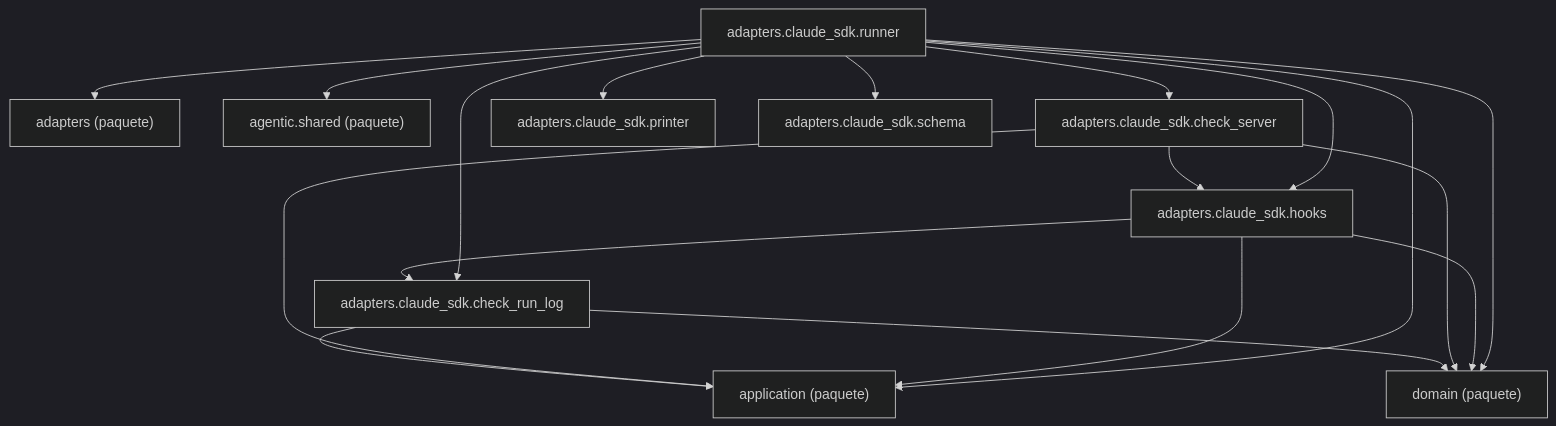
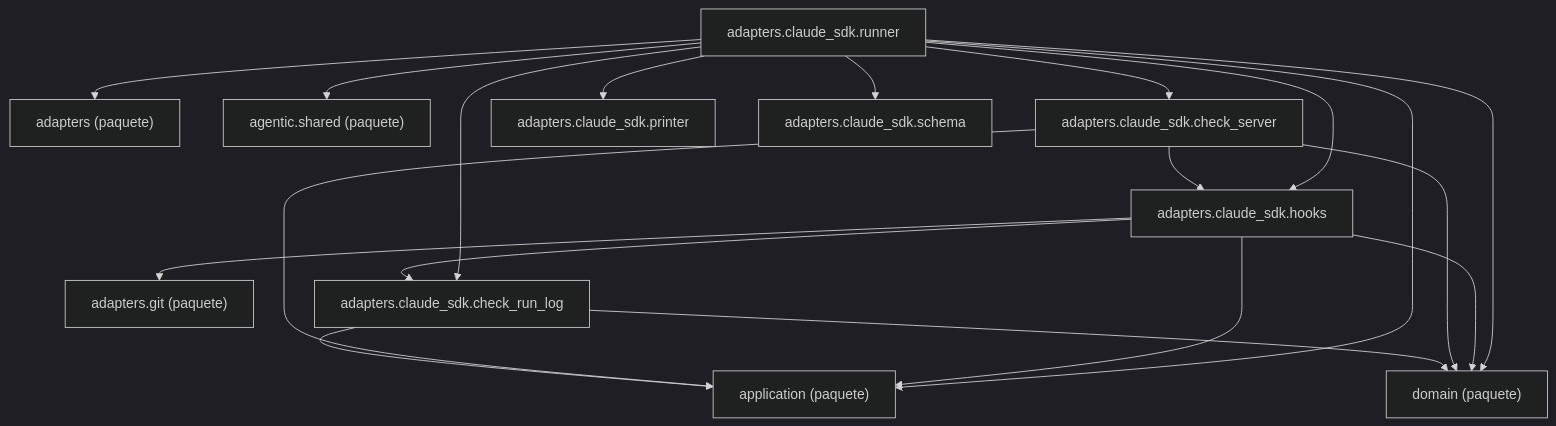
The diagram in docs/architecture/generated/packages-process-adapters-claude_sdk.md (GonzaloZevallos/agentic-system), drawn with Mermaid (dark theme) before and after one commit. The commit also changed 8 other files, not shown here.

````diff
--- a/docs/architecture/generated/packages-process-adapters-claude_sdk.md
+++ b/docs/architecture/generated/packages-process-adapters-claude_sdk.md
@@ -15,30 +15,32 @@
 ```mermaid
 graph TD
     g_pkg__adapters["adapters (paquete)"]
+    g_pkg__adapters__git["adapters.git (paquete)"]
     g_pkg__agentic__shared["agentic.shared (paquete)"]
     g_pkg__application["application (paquete)"]
     g_pkg__domain["domain (paquete)"]
     m_adapters__claude_sdk__check_run_log["adapters.claude_sdk.check_run_log"]
     m_adapters__claude_sdk__check_server["adapters.claude_sdk.check_server"]
     m_adapters__claude_sdk__hooks["adapters.claude_sdk.hooks"]
     m_adapters__claude_sdk__printer["adapters.claude_sdk.printer"]
     m_adapters__claude_sdk__runner["adapters.claude_sdk.runner"]
     m_adapters__claude_sdk__schema["adapters.claude_sdk.schema"]
     m_adapters__claude_sdk__check_run_log --> g_pkg__application
     m_adapters__claude_sdk__check_run_log --> g_pkg__domain
     m_adapters__claude_sdk__check_server --> g_pkg__application
     m_adapters__claude_sdk__check_server --> g_pkg__domain
     m_adapters__claude_sdk__check_server --> m_adapters__claude_sdk__hooks
+    m_adapters__claude_sdk__hooks --> g_pkg__adapters__git
     m_adapters__claude_sdk__hooks --> g_pkg__application
     m_adapters__claude_sdk__hooks --> g_pkg__domain
     m_adapters__claude_sdk__hooks --> m_adapters__claude_sdk__check_run_log
     m_adapters__claude_sdk__runner --> g_pkg__adapters
     m_adapters__claude_sdk__runner --> g_pkg__agentic__shared
     m_adapters__claude_sdk__runner --> g_pkg__application
     m_adapters__claude_sdk__runner --> g_pkg__domain
     m_adapters__claude_sdk__runner --> m_adapters__claude_sdk__check_run_log
     m_adapters__claude_sdk__runner --> m_adapters__claude_sdk__check_server
     m_adapters__claude_sdk__runner --> m_adapters__claude_sdk__hooks
     m_adapters__claude_sdk__runner --> m_adapters__claude_sdk__printer
     m_adapters__claude_sdk__runner --> m_adapters__claude_sdk__schema
 ```
````
